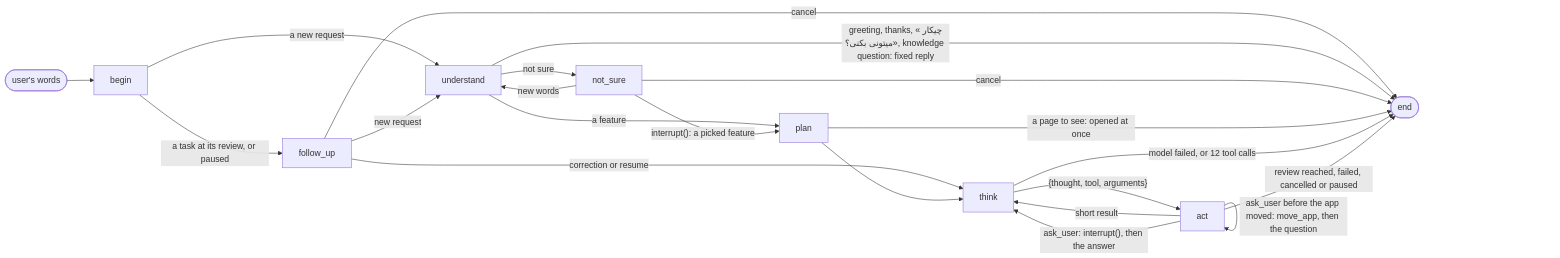
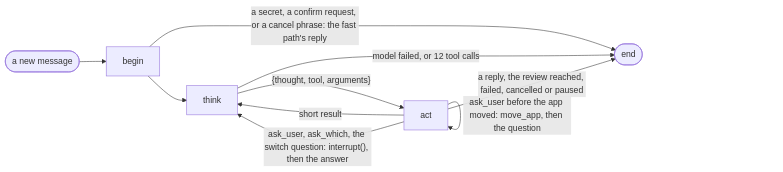
One commit to Hooman1996/RagBot-Assistant changed the diagram in docs/bridge/react-agent.md. Above: the diagram before and after it, drawn with Mermaid. The commit also changed other lines of this file and 12 other files, not shown here.

Commit message:
[RA-8] Real ReAct: the model handles the conversation with tools (#198) (#199)

````diff
--- a/docs/bridge/react-agent.md
+++ b/docs/bridge/react-agent.md
@@ -31,23 +32,12 @@
 ```mermaid
 flowchart LR
-    start([user's words]) --> begin
-    begin -->|"a task at its review, or paused"| follow_up
-    begin -->|a new request| understand
-    follow_up -->|correction or resume| think
-    follow_up -->|new request| understand
-    follow_up -->|cancel| stop([end])
-    understand -->|"greeting, thanks, «چیکار میتونی بکنی؟», knowledge question: fixed reply"| stop
-    understand -->|not sure| not_sure
-    understand -->|a feature| plan
-    not_sure -->|"interrupt(): a picked feature"| plan
-    not_sure -->|new words| understand
-    not_sure -->|cancel| stop
-    plan -->|"a page to see: opened at once"| stop
-    plan --> think
+    start([a new message]) --> begin
+    begin -->|"a secret, a confirm request, or a cancel phrase: the fast path's reply"| stop([end])
+    begin --> think
     think -->|"{thought, tool, arguments}"| act
-    think -->|model failed, or 12 tool calls| stop
+    think -->|"model failed, or 12 tool calls"| stop
     act -->|short result| think
     act -->|"ask_user before the app moved: move_app, then the question"| act
-    act -->|"ask_user: interrupt(), then the answer"| think
-    act -->|review reached, failed, cancelled or paused| stop
+    act -->|"ask_user, ask_which, the switch question: interrupt(), then the answer"| think
+    act -->|"a reply, the review reached, failed, cancelled or paused"| stop
 ```
````
